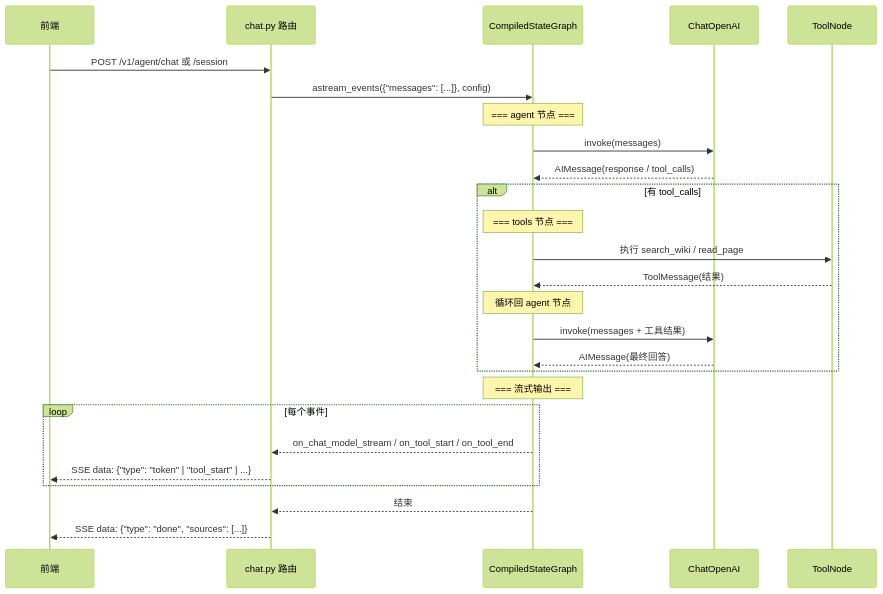
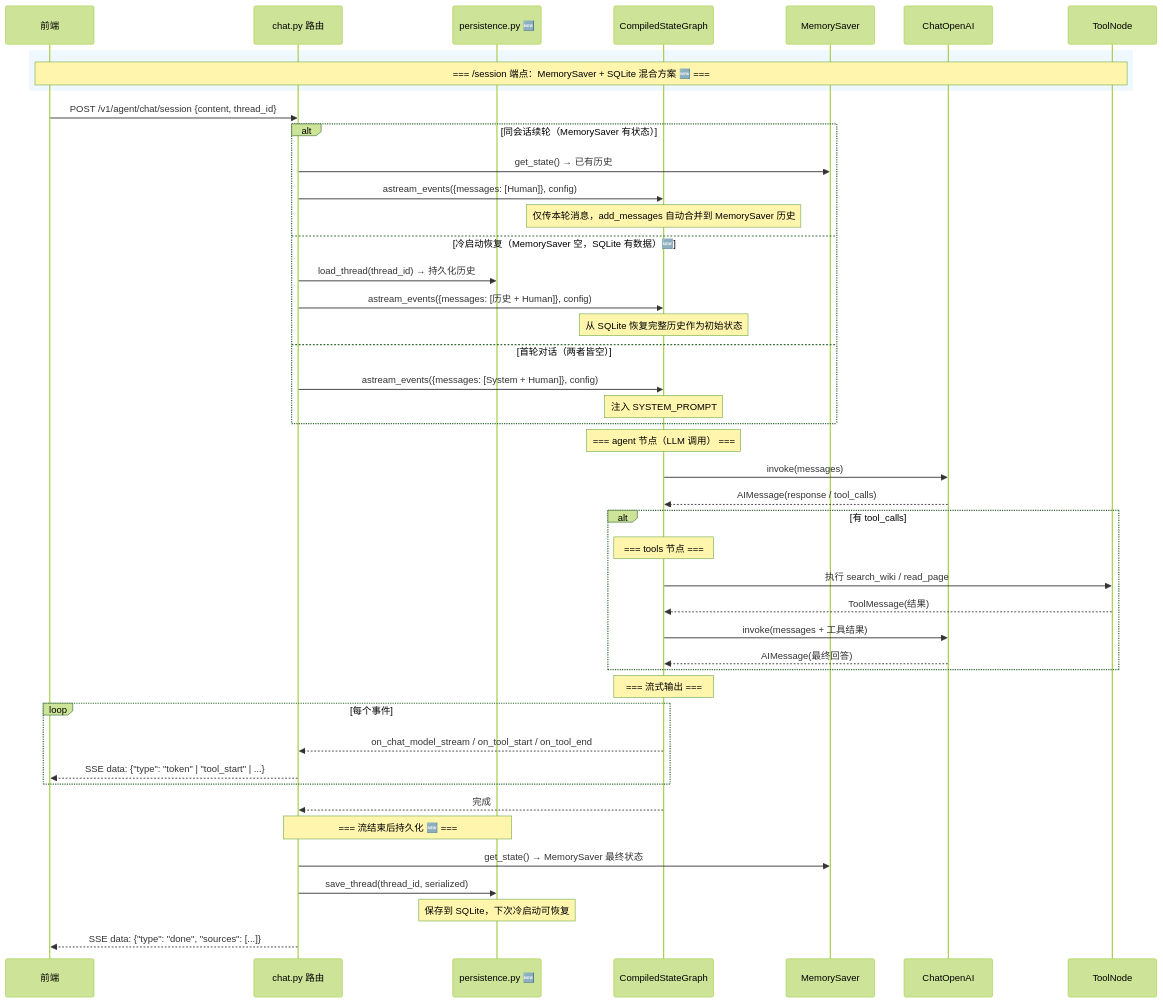
One commit to wuLa0702/llm_wiki_selfbuild changed the second of 9 diagrams in docs/agent-architecture-diagrams.md. Above: the diagram before and after it, drawn with Mermaid (forest theme). The commit also changed other lines of this file, not shown here.

First line of the commit message:
docs(agent): 更新架构图——MemorySaver+SQLite 混合方案 + 最新节点标注

````diff
--- a/docs/agent-architecture-diagrams.md
+++ b/docs/agent-architecture-diagrams.md
@@ -32,33 +33,58 @@
 ```mermaid
 sequenceDiagram
     participant Client as 前端
     participant Route as chat.py 路由
+    participant Persist as persistence.py 🆕
     participant Graph as CompiledStateGraph
+    participant Checkpoint as MemorySaver
     participant LLM as ChatOpenAI
     participant Tools as ToolNode
 
-    Client->>Route: POST /v1/agent/chat 或 /session
-    Route->>Graph: astream_events({"messages": [...]}, config)
-    
-    Note over Graph: === agent 节点 ===
+    rect rgb(240, 248, 255)
+        Note over Client,Tools: === /session 端点：MemorySaver + SQLite 混合方案 🆕 ===
+    end
+
+    Client->>Route: POST /v1/agent/chat/session {content, thread_id}
+
+    alt 同会话续轮（MemorySaver 有状态）
+        Route->>Checkpoint: get_state() → 已有历史
+        Route->>Graph: astream_events({messages: [Human]}, config)
+        Note over Graph: 仅传本轮消息，add_messages 自动合并到 MemorySaver 历史
+
+    else 冷启动恢复（MemorySaver 空，SQLite 有数据）🆕
+        Route->>Persist: load_thread(thread_id) → 持久化历史
+        Route->>Graph: astream_events({messages: [历史 + Human]}, config)
+        Note over Graph: 从 SQLite 恢复完整历史作为初始状态
+
+    else 首轮对话（两者皆空）
+        Route->>Graph: astream_events({messages: [System + Human]}, config)
+        Note over Graph: 注入 SYSTEM_PROMPT
+    end
+
+    Note over Graph: === agent 节点（LLM 调用） ===
     Graph->>LLM: invoke(messages)
     LLM-->>Graph: AIMessage(response / tool_calls)
-    
+
     alt 有 tool_calls
         Note over Graph: === tools 节点 ===
         Graph->>Tools: 执行 search_wiki / read_page
         Tools-->>Graph: ToolMessage(结果)
-        Note over Graph: 循环回 agent 节点
         Graph->>LLM: invoke(messages + 工具结果)
         LLM-->>Graph: AIMessage(最终回答)
     end
-    
+
     Note over Graph: === 流式输出 ===
     loop 每个事件
         Graph-->>Route: on_chat_model_stream / on_tool_start / on_tool_end
         Route-->>Client: SSE data: {"type": "token" | "tool_start" | ...}
     end
-    
-    Graph-->>Route: 结束
+
+    Graph-->>Route: 完成
+
+    Note over Route,Persist: === 流结束后持久化 🆕 ===
+    Route->>Checkpoint: get_state() → MemorySaver 最终状态
+    Route->>Persist: save_thread(thread_id, serialized)
+    Note over Persist: 保存到 SQLite，下次冷启动可恢复
+
     Route-->>Client: SSE data: {"type": "done", "sources": [...]}
 ```
````
